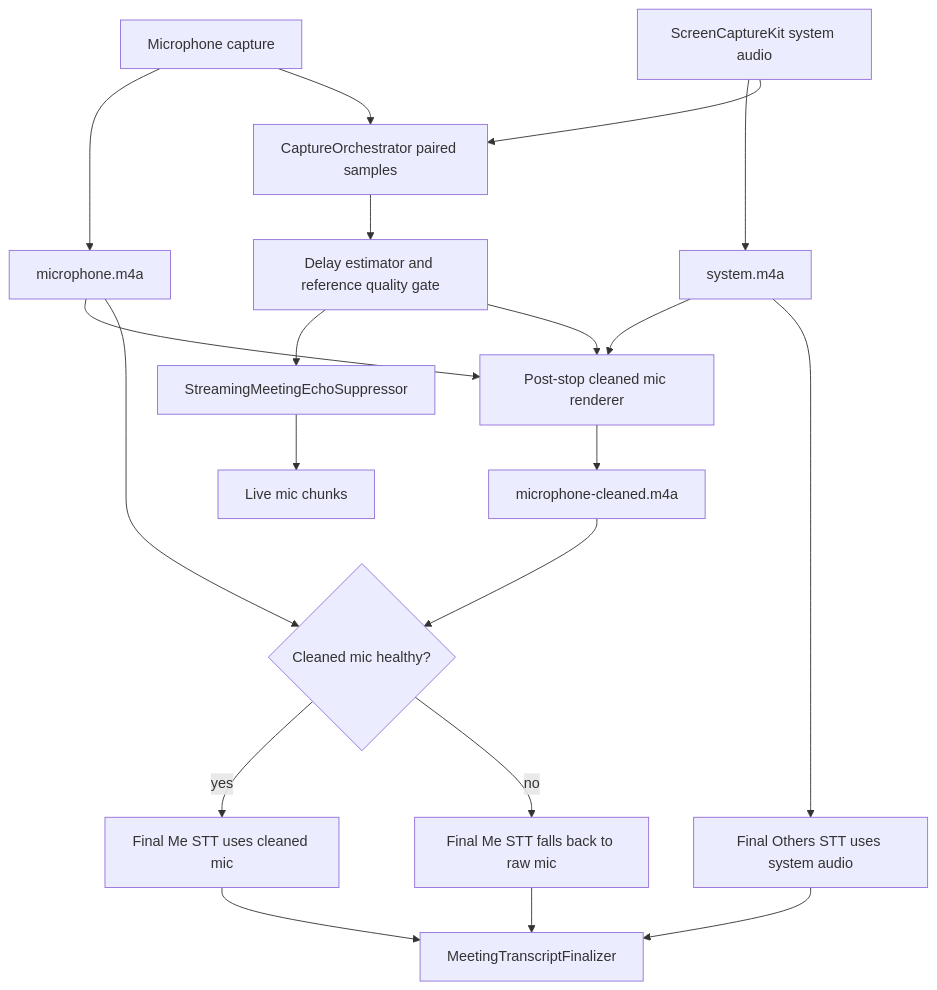
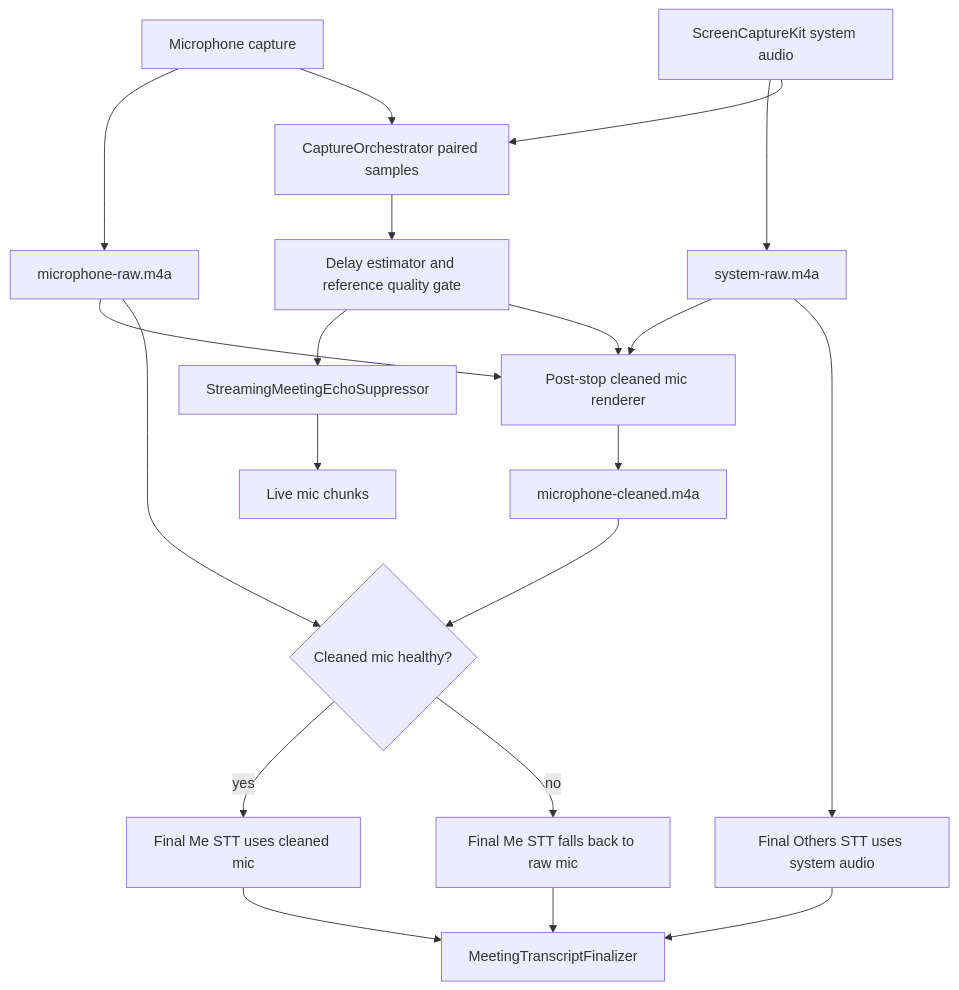
One commit to Nathan-Roll1/macparakeet changed the first of 2 diagrams in plans/active/2026-06-28-meeting-aec-full-close.md. Above: the diagram before and after it, drawn with Mermaid. The commit also changed other lines of this file and 59 other files, not shown here.

````diff
--- a/plans/active/2026-06-28-meeting-aec-full-close.md
+++ b/plans/active/2026-06-28-meeting-aec-full-close.md
@@ -170,22 +170,22 @@
 ```mermaid
 flowchart TB
-  Mic[Microphone capture] --> RawMic[microphone.m4a]
-  Sys[ScreenCaptureKit system audio] --> RawSys[system.m4a]
+  Mic[Microphone capture] --> RawMic[microphone-raw.m4a]
+  Sys[ScreenCaptureKit system audio] --> RawSys[system-raw.m4a]
   Mic --> Pair[CaptureOrchestrator paired samples]
   Sys --> Pair
   Pair --> Delay[Delay estimator and reference quality gate]
   Delay --> Cond[StreamingMeetingEchoSuppressor]
   Cond --> Live[Live mic chunks]
   RawMic --> Offline[Post-stop cleaned mic renderer]
   RawSys --> Offline
   Delay --> Offline
   Offline --> Clean[microphone-cleaned.m4a]
   Clean --> Health{Cleaned mic healthy?}
   RawMic --> Health
   Health -->|yes| FinalSTT[Final Me STT uses cleaned mic]
   Health -->|no| RawFinal[Final Me STT falls back to raw mic]
   RawSys --> FinalSys[Final Others STT uses system audio]
   FinalSTT --> Merge[MeetingTranscriptFinalizer]
   RawFinal --> Merge
   FinalSys --> Merge
 ```
````
